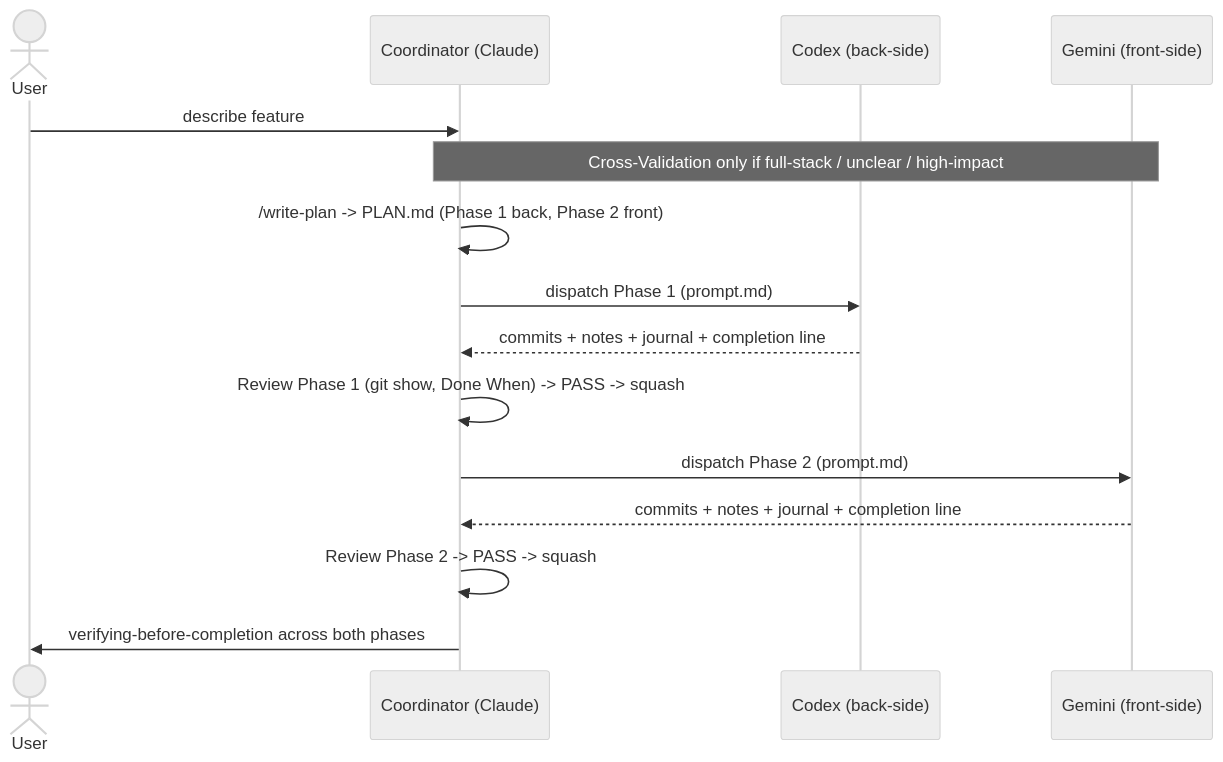
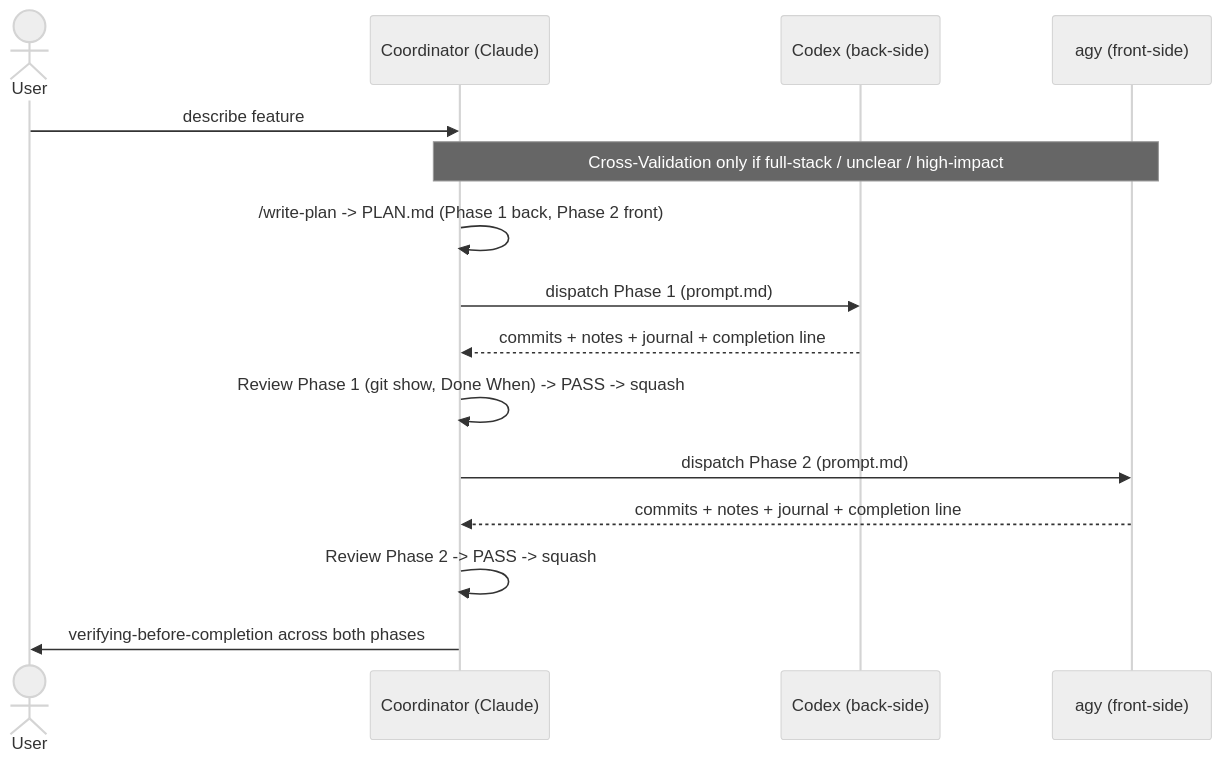
One commit to sitien173/refract changed the third of 6 diagrams in plugin/README.md. Above: the diagram before and after it, drawn with Mermaid (neutral theme). The commit also changed other lines of this file and 26 other files, not shown here.

````diff
--- a/plugin/README.md
+++ b/plugin/README.md
@@ -274,17 +267,17 @@
 ```mermaid
 sequenceDiagram
     actor U as User
     participant C as Coordinator (Claude)
     participant X as Codex (back-side)
-    participant G as Gemini (front-side)
+    participant G as agy (front-side)
     U->>C: describe feature
     Note over C,G: Cross-Validation only if full-stack / unclear / high-impact
     C->>C: /write-plan -> PLAN.md (Phase 1 back, Phase 2 front)
     C->>X: dispatch Phase 1 (prompt.md)
     X-->>C: commits + notes + journal + completion line
     C->>C: Review Phase 1 (git show, Done When) -> PASS -> squash
     C->>G: dispatch Phase 2 (prompt.md)
     G-->>C: commits + notes + journal + completion line
     C->>C: Review Phase 2 -> PASS -> squash
     C->>U: verifying-before-completion across both phases
 ```
````
